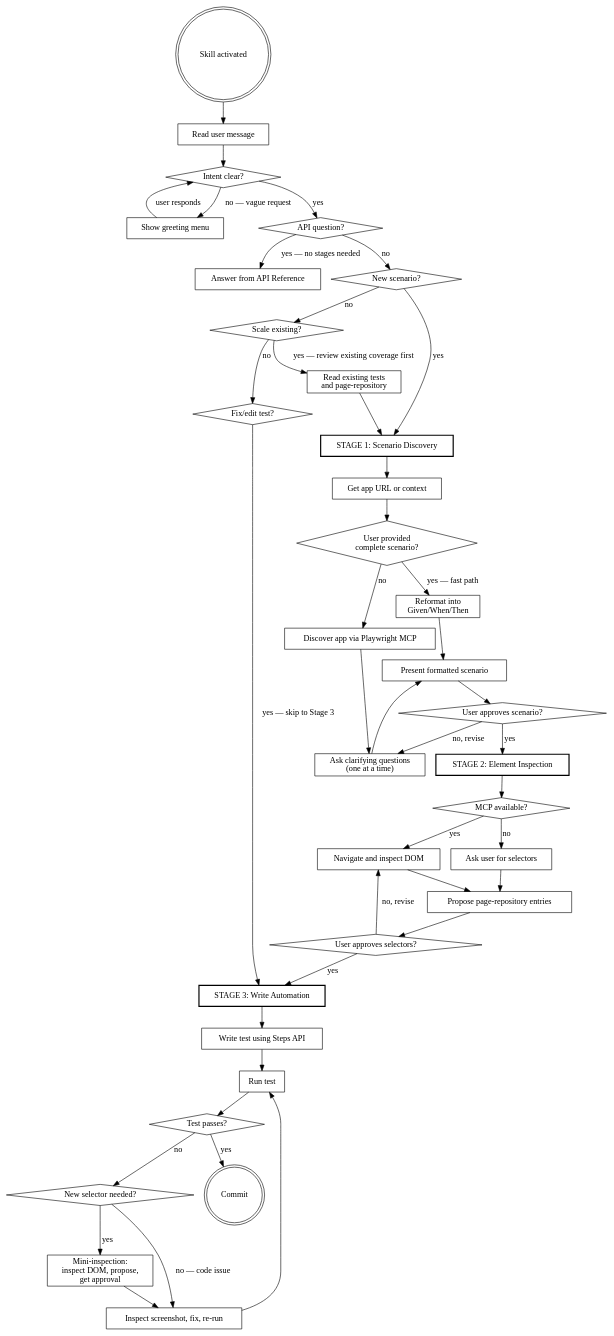
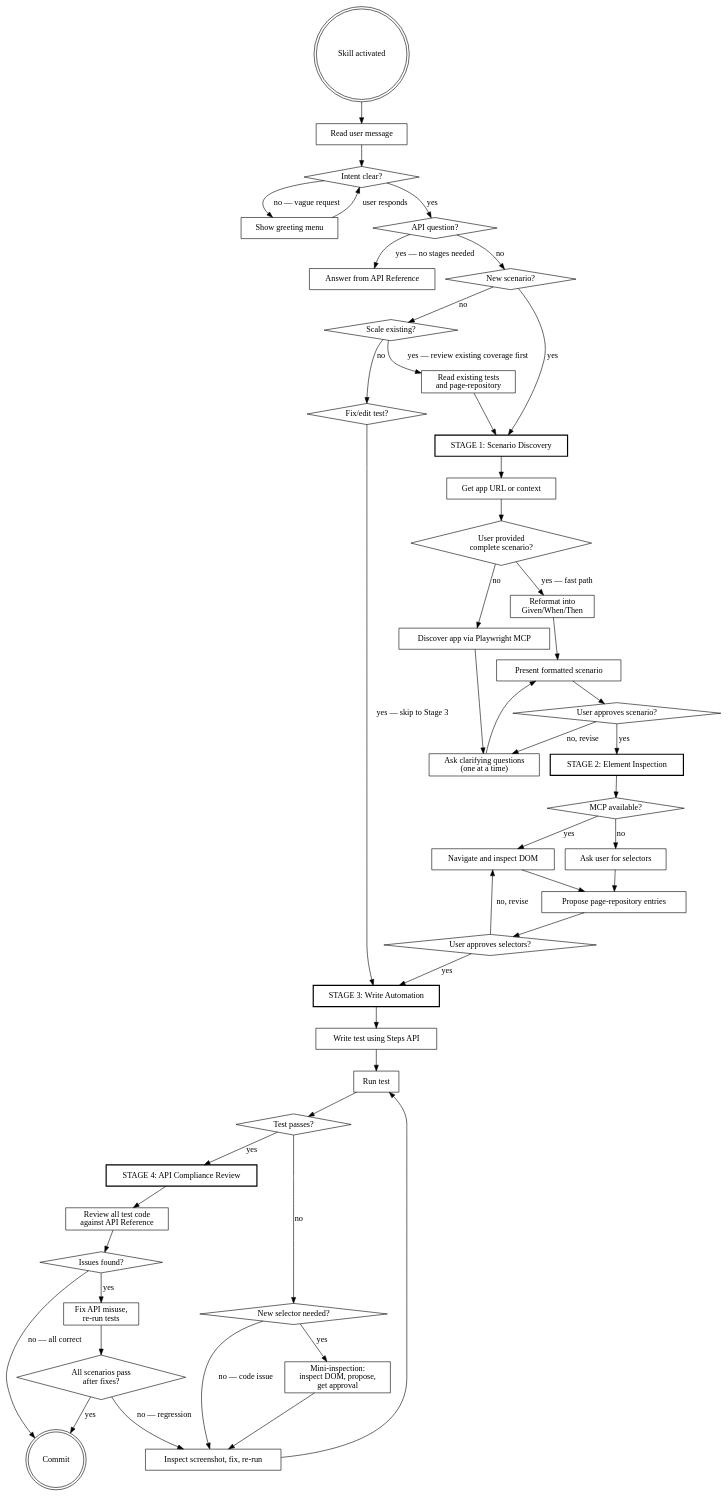
One commit to civitas-cerebrum/element-interactions changed the diagram in skills/element-interactions.md. Above: the diagram before and after it, drawn with Graphviz. The commit also changed other lines of this file, not shown here.

````diff
--- a/skills/element-interactions.md
+++ b/skills/element-interactions.md
@@ -114,6 +116,12 @@
     "New selector needed?" [shape=diamond];
     "Mini-inspection:\ninspect DOM, propose,\nget approval" [shape=box];
     "Inspect screenshot, fix, re-run" [shape=box];
+
+    "STAGE 4: API Compliance Review" [shape=box, style=bold];
+    "Review all test code\nagainst API Reference" [shape=box];
+    "Issues found?" [shape=diamond];
+    "Fix API misuse,\nre-run tests" [shape=box];
+    "All scenarios pass\nafter fixes?" [shape=diamond];
     "Commit" [shape=doublecircle];
 
     "Skill activated" -> "Read user message";
@@ -153,11 +161,19 @@
     "STAGE 3: Write Automation" -> "Write test using Steps API";
     "Write test using Steps API" -> "Run test";
     "Run test" -> "Test passes?";
-    "Test passes?" -> "Commit" [label="yes"];
+    "Test passes?" -> "STAGE 4: API Compliance Review" [label="yes"];
     "Test passes?" -> "New selector needed?" [label="no"];
     "New selector needed?" -> "Mini-inspection:\ninspect DOM, propose,\nget approval" [label="yes"];
     "New selector needed?" -> "Inspect screenshot, fix, re-run" [label="no — code issue"];
     "Mini-inspection:\ninspect DOM, propose,\nget approval" -> "Inspect screenshot, fix, re-run";
     "Inspect screenshot, fix, re-run" -> "Run test";
+
+    "STAGE 4: API Compliance Review" -> "Review all test code\nagainst API Reference";
+    "Review all test code\nagainst API Reference" -> "Issues found?";
+    "Issues found?" -> "Commit" [label="no — all correct"];
+    "Issues found?" -> "Fix API misuse,\nre-run tests" [label="yes"];
+    "Fix API misuse,\nre-run tests" -> "All scenarios pass\nafter fixes?";
+    "All scenarios pass\nafter fixes?" -> "Commit" [label="yes"];
+    "All scenarios pass\nafter fixes?" -> "Inspect screenshot, fix, re-run" [label="no — regression"];
 }
 ```
````
